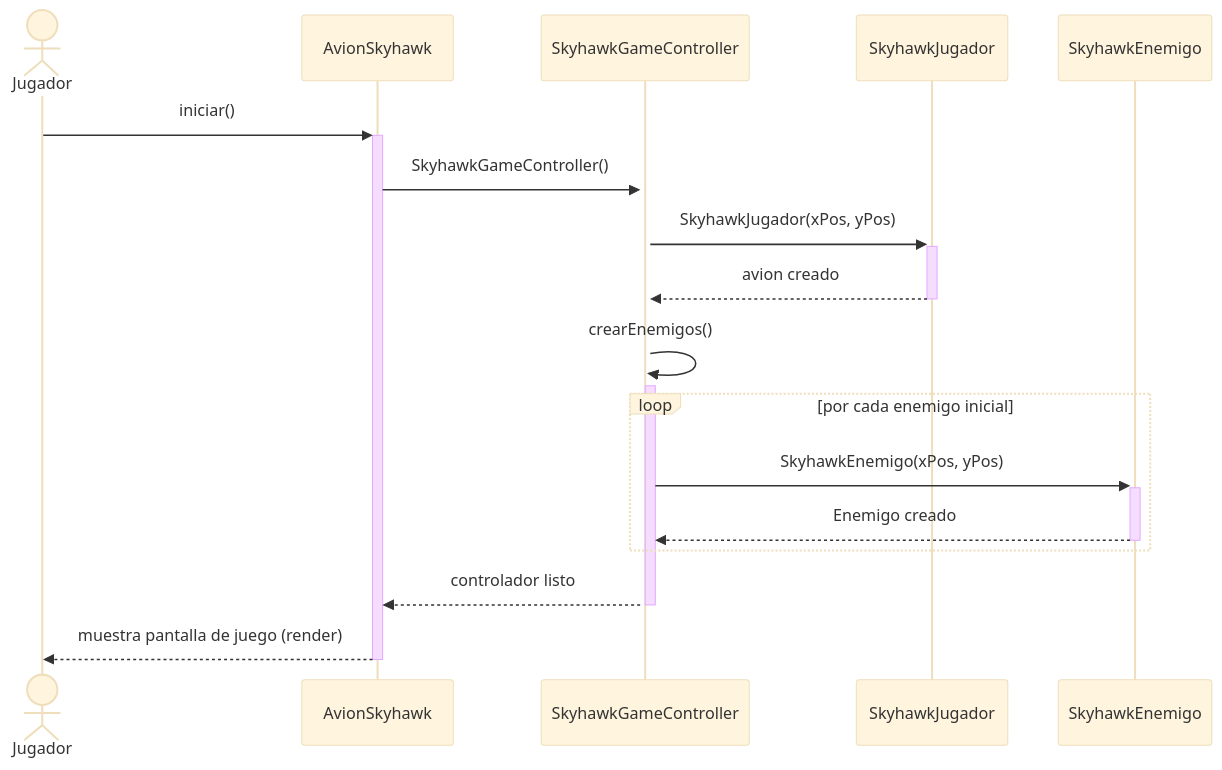
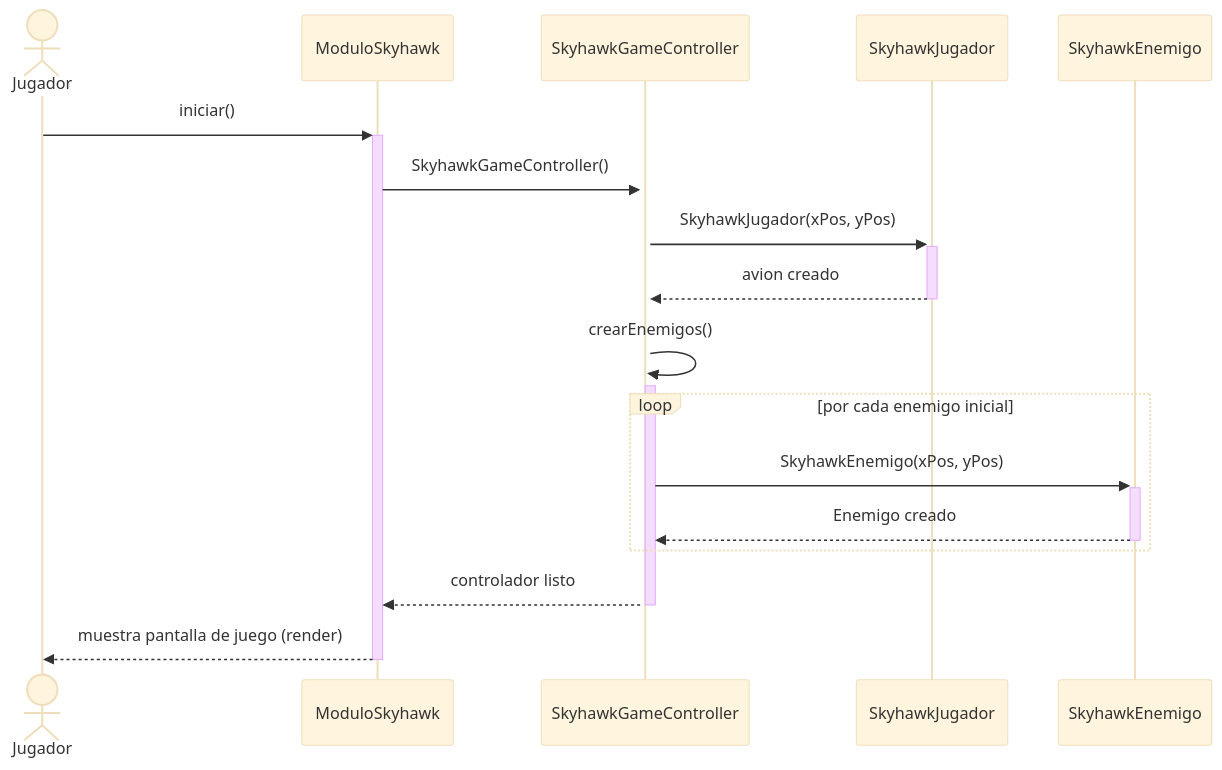
One commit to chiaraarego/Grupo-2---Skyhawk changed the first of 6 diagrams in Diagramas/diagram_Secuencias_Actualizados.md. Above: the diagram before and after it, drawn with Mermaid (base theme). The commit also changed other lines of this file, not shown here.

````diff
--- a/Diagramas/diagram_Secuencias_Actualizados.md
+++ b/Diagramas/diagram_Secuencias_Actualizados.md
@@ -6,32 +6,32 @@
 ```mermaid
 sequenceDiagram
     actor Jugador
 
-    participant AvionSkyhawk
+    participant ModuloSkyhawk
     participant SkyhawkGameController
     participant SkyhawkJugador
     participant SkyhawkEnemigo
 
-    Jugador ->> +AvionSkyhawk : iniciar()
+    Jugador ->> +ModuloSkyhawk : iniciar()
 
     %% Crea el controlador del juego
-    AvionSkyhawk ->> +SkyhawkGameController : SkyhawkGameController()
+    ModuloSkyhawk ->> +SkyhawkGameController : SkyhawkGameController()
 
     %% El controlador crea al avión del jugador
     SkyhawkGameController ->> +SkyhawkJugador : SkyhawkJugador(xPos, yPos)
     SkyhawkJugador -->> -SkyhawkGameController : avion creado
 
     %% El controlador se auto-llama para crear la horda de enemigos
     SkyhawkGameController ->> +SkyhawkGameController : crearEnemigos()
 
     loop por cada enemigo inicial
         SkyhawkGameController ->> +SkyhawkEnemigo : SkyhawkEnemigo(xPos, yPos)
         SkyhawkEnemigo -->> -SkyhawkGameController : Enemigo creado
     end
 
     %% Van cerrándose ordenadamente las ejecuciones abiertas de atrás hacia adelante
-    SkyhawkGameController -->> -AvionSkyhawk : controlador listo
+    SkyhawkGameController -->> -ModuloSkyhawk : controlador listo
     
     %% RESPUESTA FINAL AL JUGADOR:
-    AvionSkyhawk -->> -Jugador : muestra pantalla de juego (render)
+    ModuloSkyhawk -->> -Jugador : muestra pantalla de juego (render)
 ```
````
